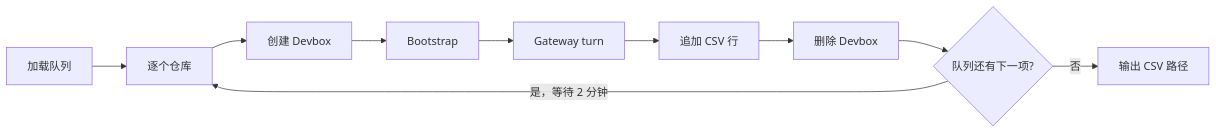
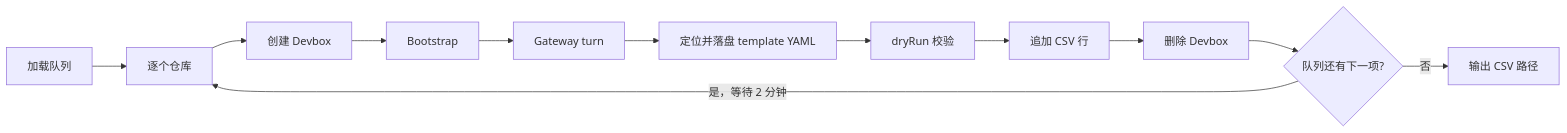
The diagram in README.md (Che-Zhu/brain-skills-benchmark), drawn with Mermaid before and after one commit. The commit also changed other lines of this file and 23 other files, not shown here.

First line of the commit message:
Add template capture, dryRun validation, and queue target filter (#2)

````diff
--- a/README.md
+++ b/README.md
@@ -39,12 +39,14 @@
 ```mermaid
 flowchart LR
   Q[加载队列] --> R[逐个仓库]
   R --> C[创建 Devbox]
   C --> B[Bootstrap]
   B --> T[Gateway turn]
-  T --> CSV[追加 CSV 行]
+  T --> Y[定位并落盘 template YAML]
+  Y --> DR[dryRun 校验]
+  DR --> CSV[追加 CSV 行]
   CSV --> D[删除 Devbox]
   D --> W{队列还有下一项?}
   W -->|是，等待 2 分钟| R
   W -->|否| Done[输出 CSV 路径]
 ```
````
